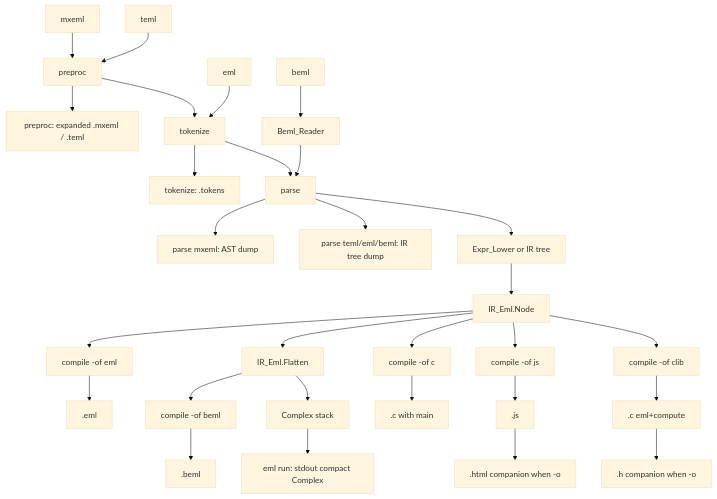
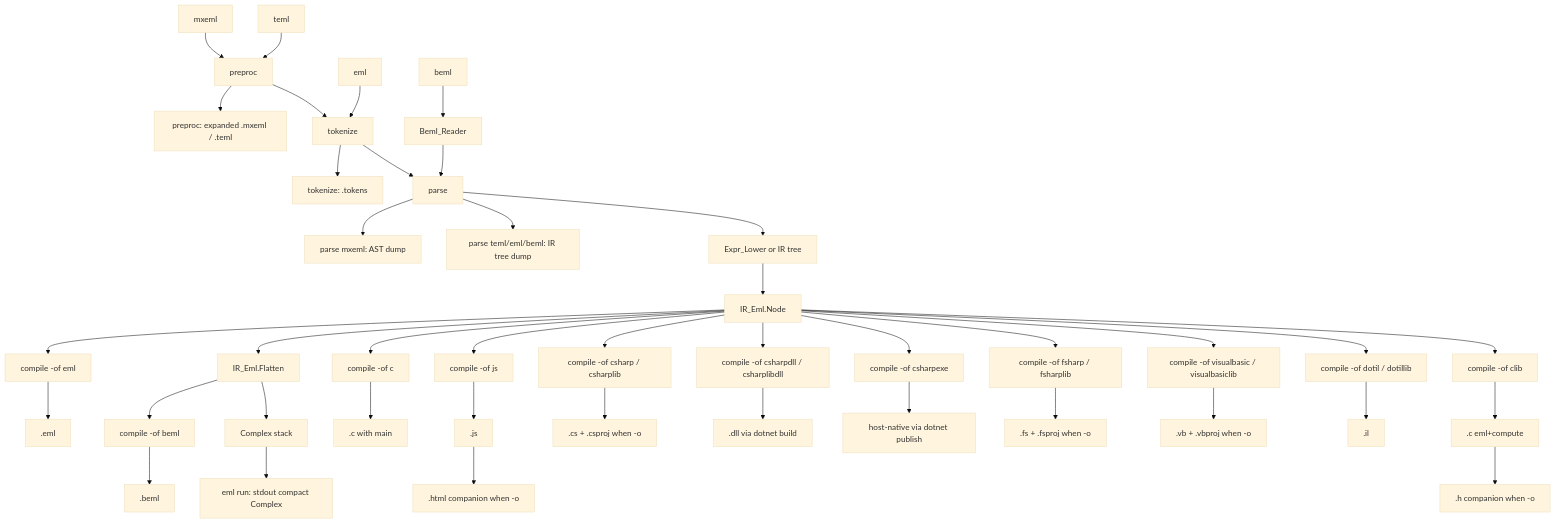
The diagram in README.md (sanelli/eml), drawn with Mermaid (base theme) before and after one commit. The commit also changed other lines of this file and 29 other files, not shown here.

First line of the commit message:
Add compile .NET backends with host-native csharpexe publish.

````diff
--- a/README.md
+++ b/README.md
@@ -47,31 +47,43 @@
 ```mermaid
 flowchart TD
   mxeml[mxeml] --> preproc
   teml[teml] --> preproc
   preproc --> preprocOut["preproc: expanded .mxeml / .teml"]
   preproc --> tokenize
   eml[eml] --> tokenize
   tokenize --> tokensOut["tokenize: .tokens"]
   tokenize --> parse
   beml[beml] --> bemlRead[Beml_Reader]
   bemlRead --> parse
   parse --> parseMx["parse mxeml: AST dump"]
   parse --> parseIr["parse teml/eml/beml: IR tree dump"]
   parse --> lowerOrIR[Expr_Lower or IR tree]
   lowerOrIR --> irNode[IR_Eml.Node]
   irNode --> writeEml["compile -of eml"]
   writeEml --> emlFile[.eml]
   irNode --> flatten[IR_Eml.Flatten]
   flatten --> writeBeml["compile -of beml"]
   writeBeml --> bemlFile[.beml]
   irNode --> writeJs["compile -of js"]
   writeJs --> jsFile[.js]
   jsFile --> htmlFile[".html companion when -o"]
   irNode --> writeC["compile -of c"]
   writeC --> cMain[".c with main"]
   irNode --> writeClib["compile -of clib"]
   writeClib --> cLib[".c eml+compute"]
   cLib --> cHdr[".h companion when -o"]
+  irNode --> writeCs["compile -of csharp / csharplib"]
+  writeCs --> csFile[".cs + .csproj when -o"]
+  irNode --> writeCsDll["compile -of csharpdll / csharplibdll"]
+  writeCsDll --> csDll[".dll via dotnet build"]
+  irNode --> writeCsExe["compile -of csharpexe"]
+  writeCsExe --> csExe["host-native via dotnet publish"]
+  irNode --> writeFs["compile -of fsharp / fsharplib"]
+  writeFs --> fsFile[".fs + .fsproj when -o"]
+  irNode --> writeVb["compile -of visualbasic / visualbasiclib"]
+  writeVb --> vbFile[".vb + .vbproj when -o"]
+  irNode --> writeIl["compile -of dotil / dotillib"]
+  writeIl --> ilFile[".il"]
   flatten --> stack[Complex stack]
   stack --> stdout["eml run: stdout compact Complex"]
 ```
````
